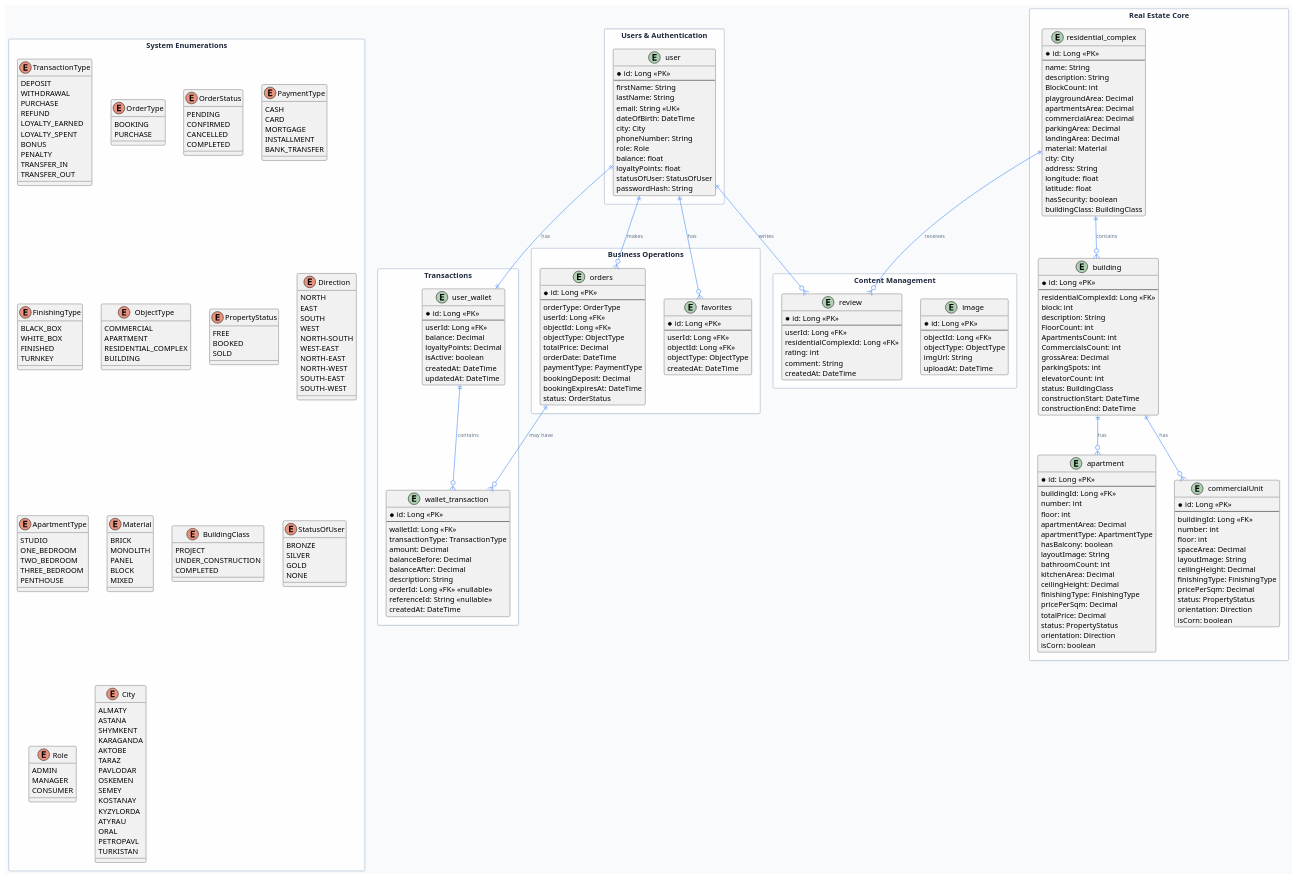
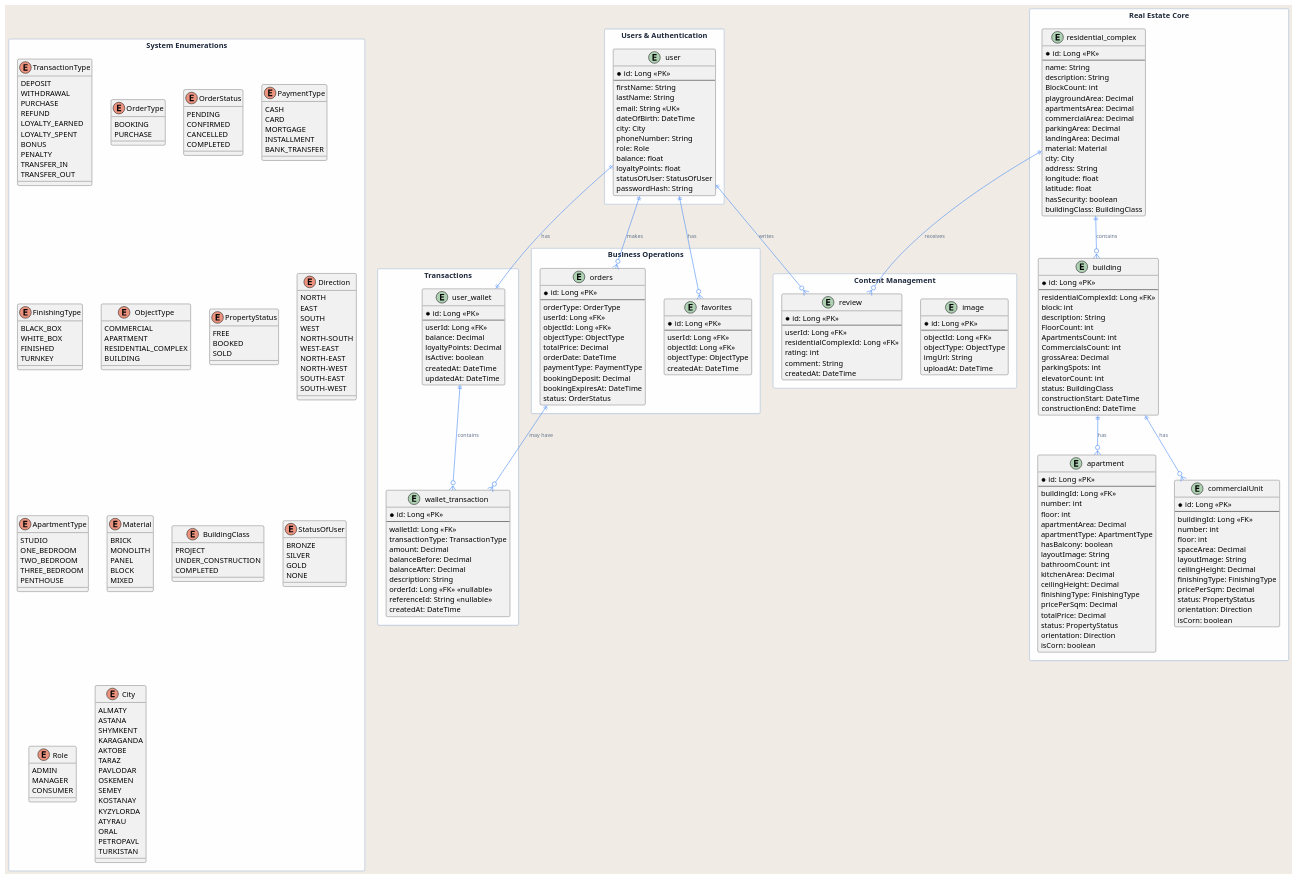
Before and after one commit to hush0k/Baspana-Group: the diagram in docs/database-schema.plantuml, drawn with PlantUML. The commit also changed 25 other files, not shown here.

```diff
--- a/docs/database-schema.plantuml
+++ b/docs/database-schema.plantuml
@@ -1,11 +1,11 @@
 @startuml
-skinparam backgroundColor #f8fafc
+skinparam backgroundColor #f0ece5
 skinparam shadowing false
 skinparam roundcorner 6
 skinparam packageStyle rectangle
 
 skinparam entity {
-    BackgroundColor #ffffff
+    BackgroundColor #f0ece5
     BorderColor #334155
     FontSize 12
     FontName "Inter"
```
